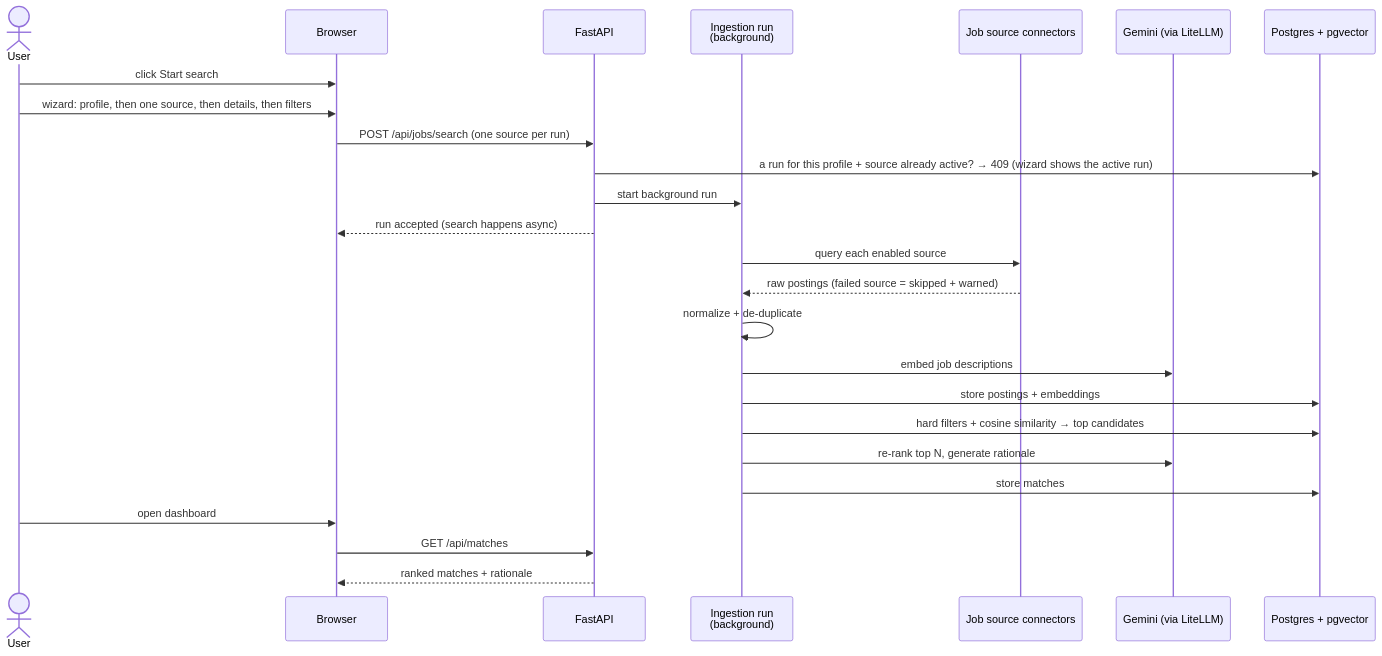
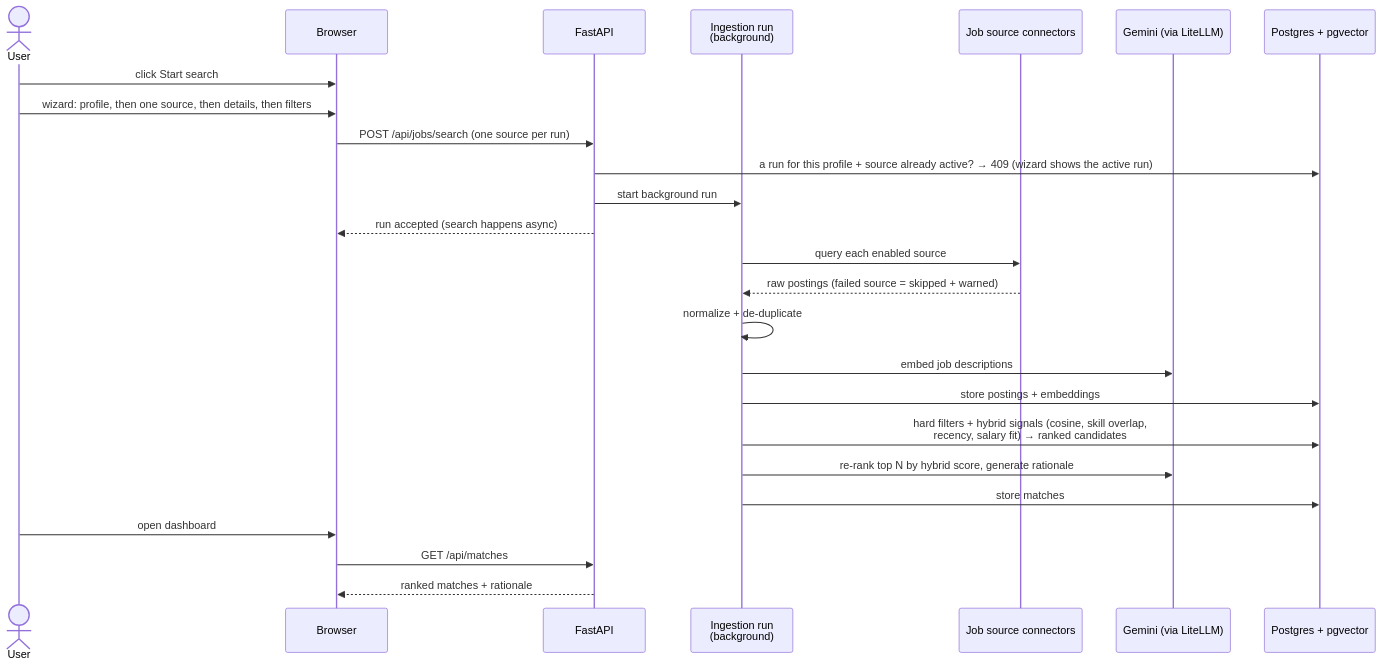
The second of 2 diagrams in docs/guide/03-job-discovery-and-matching.md (MSVhora/ai_job_assistant), drawn with Mermaid before and after one commit. The commit also changed other lines of this file and 15 other files, not shown here.

Commit message:
feat(v4/37): hybrid scoring — skill/recency/salary SQL signals, fallback for un-embedded postings, hybrid rerank pool + informed rerank prompt

````diff
--- a/docs/guide/03-job-discovery-and-matching.md
+++ b/docs/guide/03-job-discovery-and-matching.md
@@ -334,28 +351,28 @@
 ```mermaid
 sequenceDiagram
     actor U as User
     participant B as Browser
     participant A as FastAPI
     participant I as Ingestion run<br/>(background)
     participant C as Job source connectors
     participant G as Gemini (via LiteLLM)
     participant D as Postgres + pgvector
 
     U->>B: click Start search
     U->>B: wizard: profile, then one source, then details, then filters
     B->>A: POST /api/jobs/search (one source per run)
     A->>D: a run for this profile + source already active? → 409 (wizard shows the active run)
     A->>I: start background run
     A-->>B: run accepted (search happens async)
     I->>C: query each enabled source
     C-->>I: raw postings (failed source = skipped + warned)
     I->>I: normalize + de-duplicate
     I->>G: embed job descriptions
     I->>D: store postings + embeddings
-    I->>D: hard filters + cosine similarity → top candidates
-    I->>G: re-rank top N, generate rationale
+    I->>D: hard filters + hybrid signals (cosine, skill overlap,<br/>recency, salary fit) → ranked candidates
+    I->>G: re-rank top N by hybrid score, generate rationale
     I->>D: store matches
     U->>B: open dashboard
     B->>A: GET /api/matches
     A-->>B: ranked matches + rationale
 ```
````
